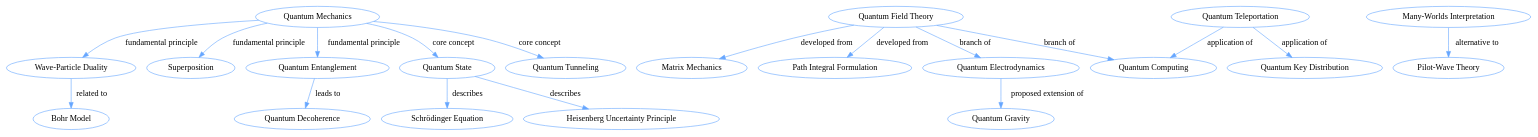
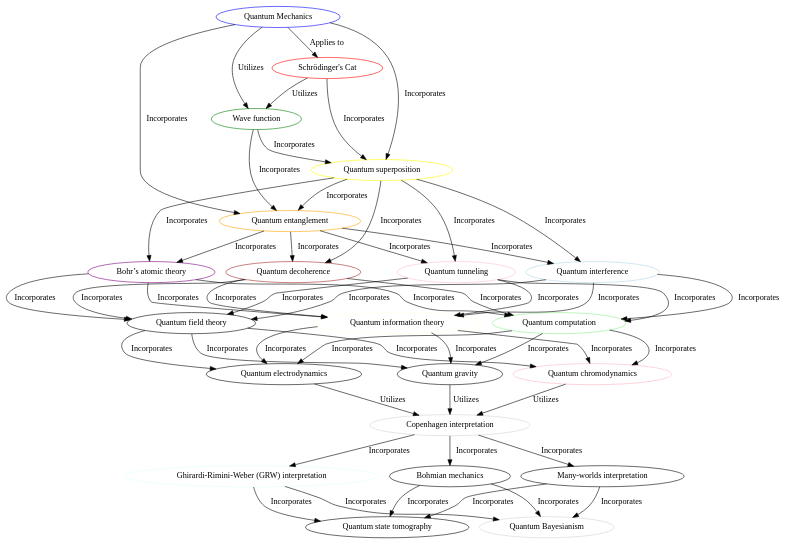
Before and after one commit to Maximilian-Winter/llama-cpp-agent: the diagram in knowledge_graph3.gv, drawn with Graphviz. The commit also changed 5 other files, not shown here.

```diff
--- a/knowledge_graph3.gv
+++ b/knowledge_graph3.gv
@@ -1,40 +1,74 @@
 // Knowledge Graph
 digraph {
-	0 [label="Quantum Mechanics" color="#66a6ff"]
-	1 [label="Wave-Particle Duality" color="#66a6ff"]
-	2 [label=Superposition color="#66a6ff"]
-	3 [label="Quantum Entanglement" color="#66a6ff"]
-	4 [label="Quantum State" color="#66a6ff"]
-	5 [label="Quantum Tunneling" color="#66a6ff"]
-	6 [label="Quantum Field Theory" color="#66a6ff"]
-	7 [label="Schrödinger Equation" color="#66a6ff"]
-	8 [label="Heisenberg Uncertainty Principle" color="#66a6ff"]
-	9 [label="Matrix Mechanics" color="#66a6ff"]
-	10 [label="Path Integral Formulation" color="#66a6ff"]
-	11 [label="Quantum Teleportation" color="#66a6ff"]
-	12 [label="Quantum Computing" color="#66a6ff"]
-	13 [label="Bohr Model" color="#66a6ff"]
-	14 [label="Quantum Key Distribution" color="#66a6ff"]
-	15 [label="Quantum Decoherence" color="#66a6ff"]
-	16 [label="Many-Worlds Interpretation" color="#66a6ff"]
-	17 [label="Pilot-Wave Theory" color="#66a6ff"]
-	18 [label="Quantum Electrodynamics" color="#66a6ff"]
-	19 [label="Quantum Gravity" color="#66a6ff"]
-	0 -> 1 [label="fundamental principle" color="#66a6ff"]
-	0 -> 2 [label="fundamental principle" color="#66a6ff"]
-	0 -> 3 [label="fundamental principle" color="#66a6ff"]
-	0 -> 4 [label="core concept" color="#66a6ff"]
-	0 -> 5 [label="core concept" color="#66a6ff"]
-	4 -> 7 [label=describes color="#66a6ff"]
-	4 -> 8 [label=describes color="#66a6ff"]
-	6 -> 9 [label="developed from" color="#66a6ff"]
-	6 -> 10 [label="developed from" color="#66a6ff"]
-	6 -> 12 [label="branch of" color="#66a6ff"]
-	1 -> 13 [label="related to" color="#66a6ff"]
-	11 -> 12 [label="application of" color="#66a6ff"]
-	11 -> 14 [label="application of" color="#66a6ff"]
-	3 -> 15 [label="leads to" color="#66a6ff"]
-	16 -> 17 [label="alternative to" color="#66a6ff"]
-	6 -> 18 [label="branch of" color="#66a6ff"]
-	18 -> 19 [label="proposed extension of" color="#66a6ff"]
+	0 [label="Quantum Mechanics" color=blue]
+	1 [label="Schrödinger's Cat" color=red]
+	2 [label="Wave function" color=green]
+	3 [label="Quantum superposition" color=yellow]
+	4 [label="Quantum entanglement" color=orange]
+	5 [label="Bohr’s atomic theory" color=purple]
+	6 [label="Quantum tunneling" color=pink]
+	7 [label="Quantum decoherence" color=brown]
+	8 [label="Quantum interference" color=lightblue]
+	9 [label="Quantum computation" color=lightgreen]
+	10 [label="Quantum information theory" color=lightyellow]
+	11 [label="Quantum field theory" color=lightorange]
+	12 [label="Quantum electrodynamics" color=lightpurple]
+	13 [label="Quantum chromodynamics" color=lightpink]
+	14 [label="Quantum gravity" color=lightbrown]
+	15 [label="Copenhagen interpretation" color=lightgray]
+	16 [label="Ghirardi-Rimini-Weber (GRW) interpretation" color=lightcyan]
+	17 [label="Many-worlds interpretation" color=lightmagenta]
+	18 [label="Bohmian mechanics" color=lightred]
+	19 [label="Quantum Bayesianism" color=lightgrey]
+	20 [label="Quantum state tomography" color=lightpurple]
+	0 -> 1 [label="Applies to" color=black]
+	0 -> 2 [label=Utilizes color=black]
+	0 -> 3 [label=Incorporates color=black]
+	0 -> 4 [label=Incorporates color=black]
+	1 -> 2 [label=Utilizes color=black]
+	1 -> 3 [label=Incorporates color=black]
+	2 -> 3 [label=Incorporates color=black]
+	2 -> 4 [label=Incorporates color=black]
+	3 -> 4 [label=Incorporates color=black]
+	3 -> 5 [label=Incorporates color=black]
+	3 -> 6 [label=Incorporates color=black]
+	3 -> 7 [label=Incorporates color=black]
+	3 -> 8 [label=Incorporates color=black]
+	4 -> 5 [label=Incorporates color=black]
+	4 -> 6 [label=Incorporates color=black]
+	4 -> 7 [label=Incorporates color=black]
+	4 -> 8 [label=Incorporates color=black]
+	5 -> 9 [label=Incorporates color=black]
+	5 -> 10 [label=Incorporates color=black]
+	5 -> 11 [label=Incorporates color=black]
+	6 -> 9 [label=Incorporates color=black]
+	6 -> 10 [label=Incorporates color=black]
+	6 -> 11 [label=Incorporates color=black]
+	7 -> 9 [label=Incorporates color=black]
+	7 -> 10 [label=Incorporates color=black]
+	7 -> 11 [label=Incorporates color=black]
+	8 -> 9 [label=Incorporates color=black]
+	8 -> 10 [label=Incorporates color=black]
+	8 -> 11 [label=Incorporates color=black]
+	9 -> 12 [label=Incorporates color=black]
+	9 -> 13 [label=Incorporates color=black]
+	9 -> 14 [label=Incorporates color=black]
+	10 -> 12 [label=Incorporates color=black]
+	10 -> 13 [label=Incorporates color=black]
+	10 -> 14 [label=Incorporates color=black]
+	11 -> 12 [label=Incorporates color=black]
+	11 -> 13 [label=Incorporates color=black]
+	11 -> 14 [label=Incorporates color=black]
+	12 -> 15 [label=Utilizes color=black]
+	13 -> 15 [label=Utilizes color=black]
+	14 -> 15 [label=Utilizes color=black]
+	15 -> 16 [label=Incorporates color=black]
+	15 -> 17 [label=Incorporates color=black]
+	15 -> 18 [label=Incorporates color=black]
+	16 -> 19 [label=Incorporates color=black]
+	16 -> 20 [label=Incorporates color=black]
+	17 -> 19 [label=Incorporates color=black]
+	17 -> 20 [label=Incorporates color=black]
+	18 -> 19 [label=Incorporates color=black]
+	18 -> 20 [label=Incorporates color=black]
 }
```
